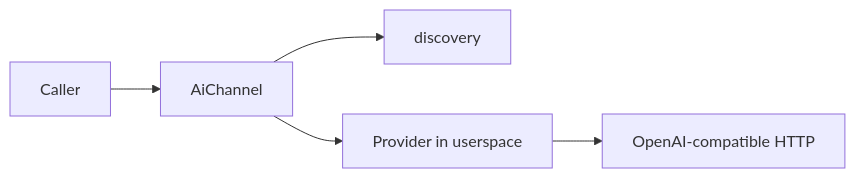
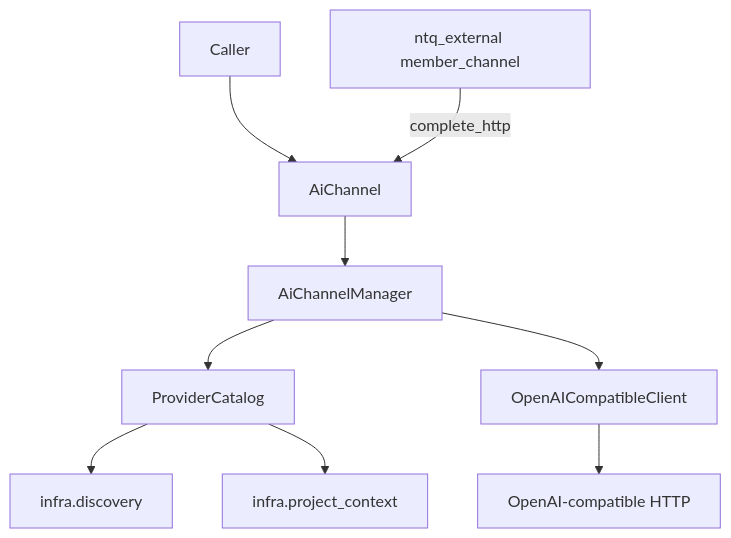
Before and after one commit to garnet1985/new-tea-quant: the diagram in core/infra/ai/docs/ARCHITECTURE.md, drawn with Mermaid. The commit also changed other lines of this file and 23 other files, not shown here.

````diff
--- a/core/infra/ai/docs/ARCHITECTURE.md
+++ b/core/infra/ai/docs/ARCHITECTURE.md
@@ -38,7 +52,11 @@
 ```mermaid
-flowchart LR
-  Caller --> AiChannel
-  AiChannel --> Disc[discovery]
-  AiChannel --> Prov[Provider in userspace]
-  Prov --> HTTP[OpenAI-compatible HTTP]
+flowchart TB
+  Caller --> Facade[AiChannel]
+  Facade --> Mgr[AiChannelManager]
+  Mgr --> Cat[ProviderCatalog]
+  Mgr --> Client[OpenAICompatibleClient]
+  Cat --> Disc[infra.discovery]
+  Cat --> Path[infra.project_context]
+  Client --> HTTP[OpenAI-compatible HTTP]
+  Ext[ntq_external member_channel] -->|complete_http| Facade
 ```
````
